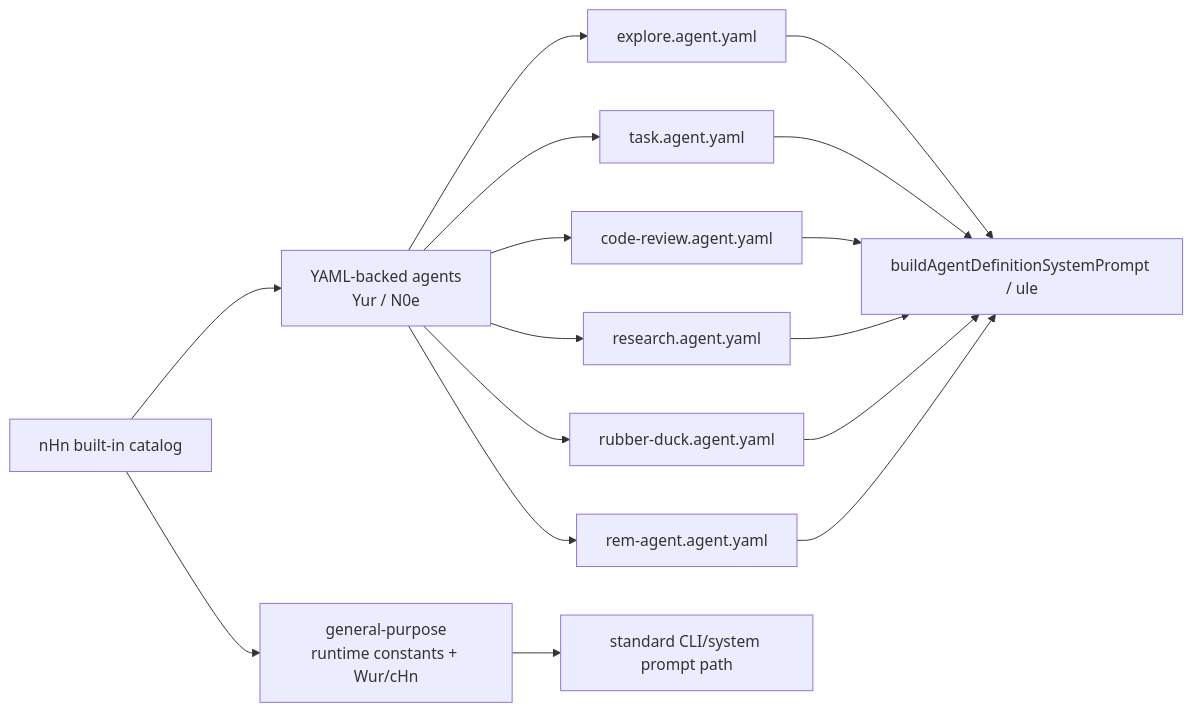
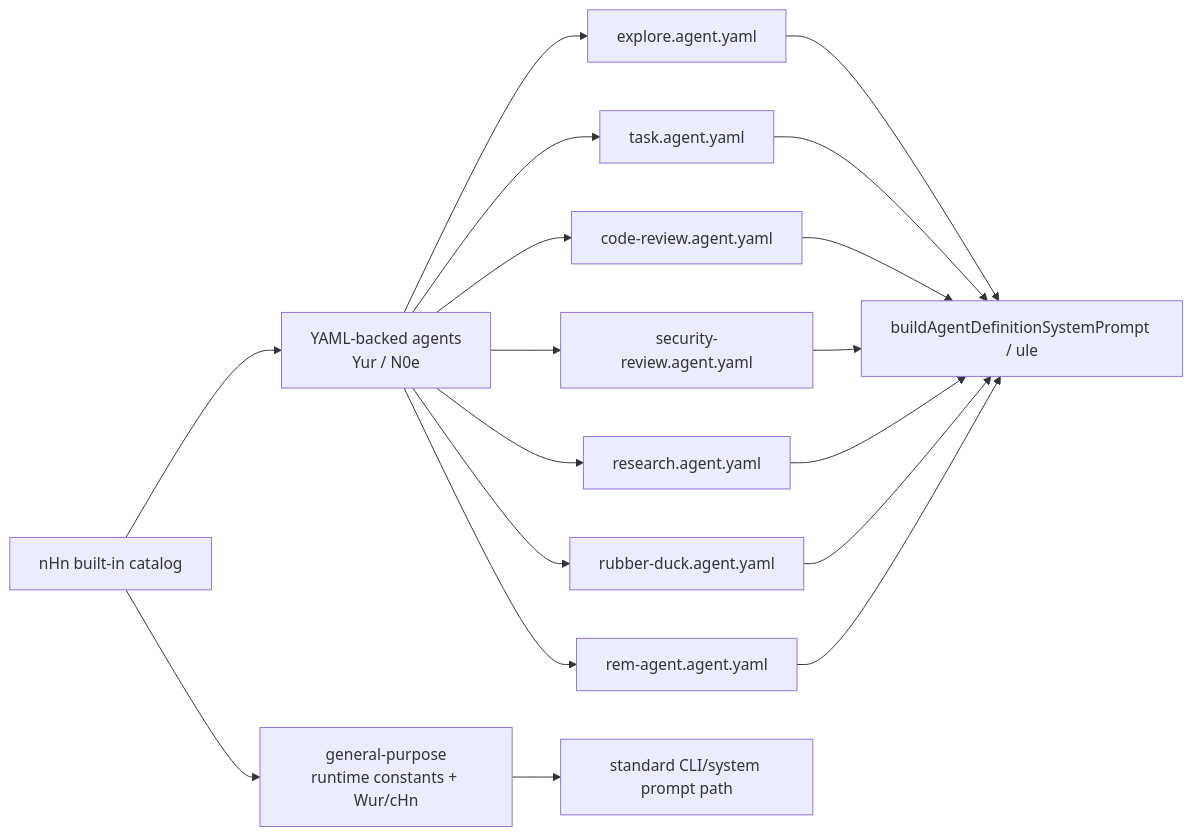
One commit to vibewatch/copilot-cli-internals changed the second of 3 diagrams in docs/06-agents-automation/built-in-agents.md. Above: the diagram before and after it, drawn with Mermaid. The commit also changed other lines of this file and 98 other files, not shown here.

````diff
--- a/docs/06-agents-automation/built-in-agents.md
+++ b/docs/06-agents-automation/built-in-agents.md
@@ -164,20 +179,22 @@
 ```mermaid
 flowchart LR
     Catalog["nHn built-in catalog"] --> RuntimeOnly["general-purpose\nruntime constants + Wur/cHn"]
     Catalog --> YamlSet["YAML-backed agents\nYur / N0e"]
 
     YamlSet --> Explore["explore.agent.yaml"]
     YamlSet --> Task["task.agent.yaml"]
     YamlSet --> Review["code-review.agent.yaml"]
+    YamlSet --> Security["security-review.agent.yaml"]
     YamlSet --> Research["research.agent.yaml"]
     YamlSet --> Duck["rubber-duck.agent.yaml"]
     YamlSet --> Rem["rem-agent.agent.yaml"]
 
     RuntimeOnly --> BuildSystem["standard CLI/system prompt path"]
     Explore --> AgentPrompt["buildAgentDefinitionSystemPrompt / ule"]
     Task --> AgentPrompt
     Review --> AgentPrompt
+    Security --> AgentPrompt
     Research --> AgentPrompt
     Duck --> AgentPrompt
     Rem --> AgentPrompt
 ```
````
